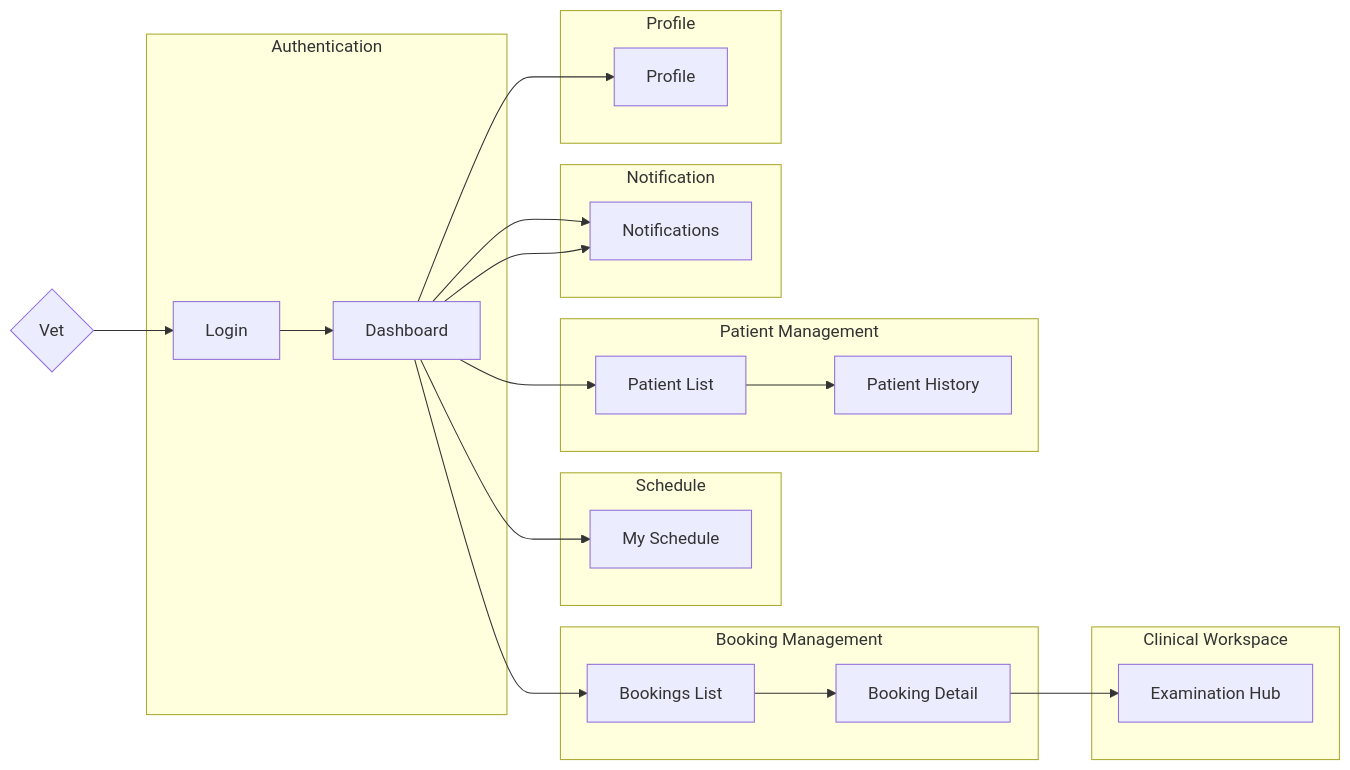
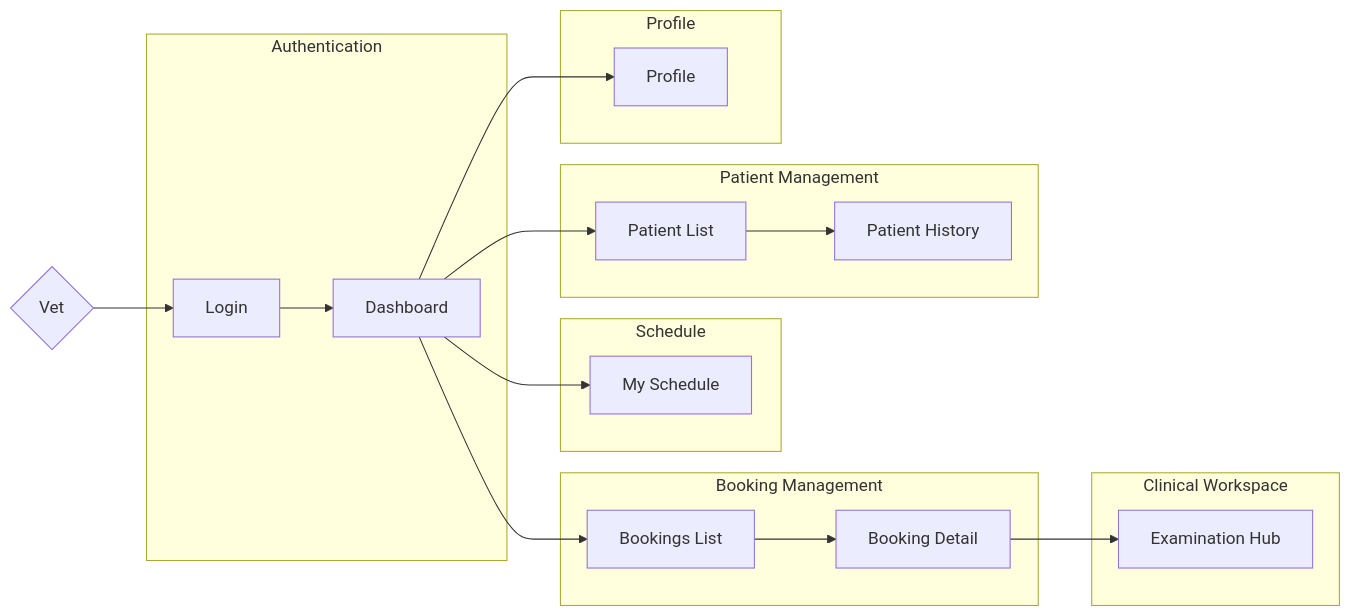
Before and after one commit to espresso23/Petties-Veterinary-Appointment-Booking-Platform: the fifth of 9 diagrams in docs-references/documentation/SRS/PETTIES_SRS.md, drawn with Mermaid. The commit also changed other lines of this file and 9 other files, not shown here.

````diff
--- a/docs-references/documentation/SRS/PETTIES_SRS.md
+++ b/docs-references/documentation/SRS/PETTIES_SRS.md
@@ -518,38 +403,30 @@
 ```mermaid
 flowchart LR
     VET{Vet} --> Login
 
     subgraph Authentication
         Login --> Dashboard
     end
 
     subgraph Schedule
         Dashboard --> MySchedule[My Schedule]
     end
 
     subgraph Booking_Management[Booking Management]
         Dashboard --> BookingsList[Bookings List]
         BookingsList --> BookingDetail[Booking Detail]
     end
 
     subgraph Clinical_Workspace[Clinical Workspace]
         BookingDetail --> ExaminationHub[Examination Hub]
     end
 
     subgraph Patient_Management[Patient Management]
         Dashboard --> PatientList[Patient List]
         PatientList --> PatientHistory[Patient History]
     end
 
-    subgraph Notification
-        Dashboard --> Notifications
-    end
-
-    subgraph Notification
-        Dashboard --> Notifications
-    end
-
     subgraph Profile
         Dashboard --> ProfileScreen[Profile]
     end
 ```
````
